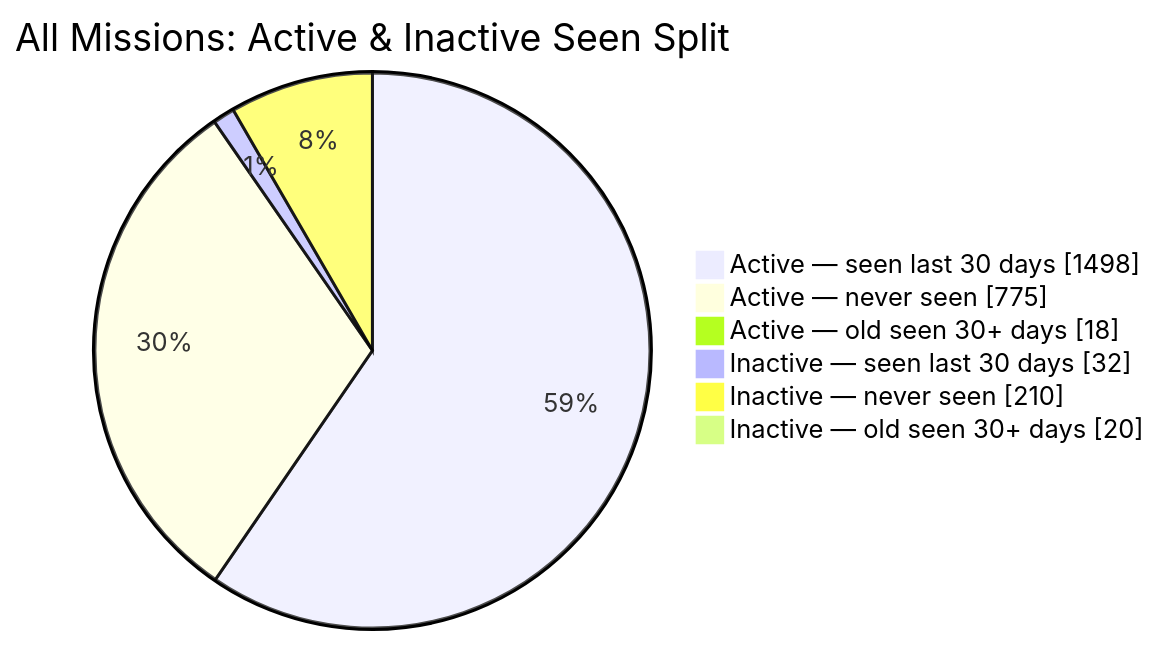
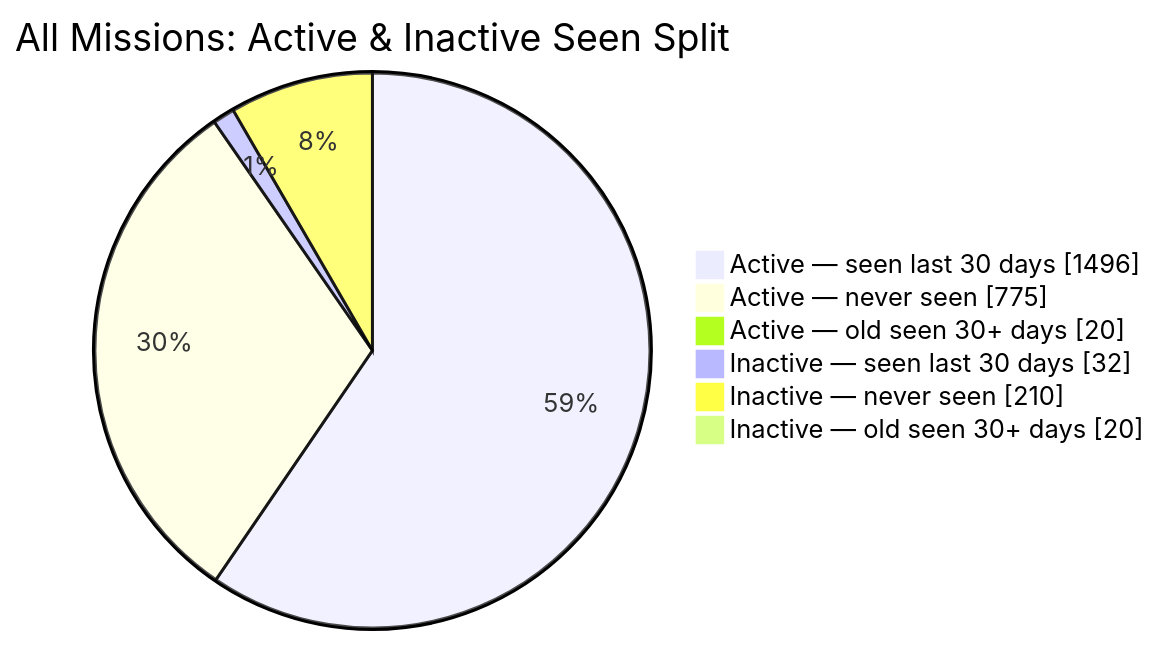
One commit to MeldkamerspelGameTeam/active-missions changed the second of 2 diagrams in README.md. Above: the diagram before and after it, drawn with Mermaid. The commit also changed other lines of this file and 3 other files, not shown here.

````diff
--- a/README.md
+++ b/README.md
@@ -44,10 +44,10 @@
 ```mermaid
 pie showData
     title All Missions: Active & Inactive Seen Split
-    "Active — seen last 30 days" : 1498
+    "Active — seen last 30 days" : 1496
     "Active — never seen" : 775
-    "Active — old seen 30+ days" : 18
+    "Active — old seen 30+ days" : 20
     "Inactive — seen last 30 days" : 32
     "Inactive — never seen" : 210
     "Inactive — old seen 30+ days" : 20
 ```
````
